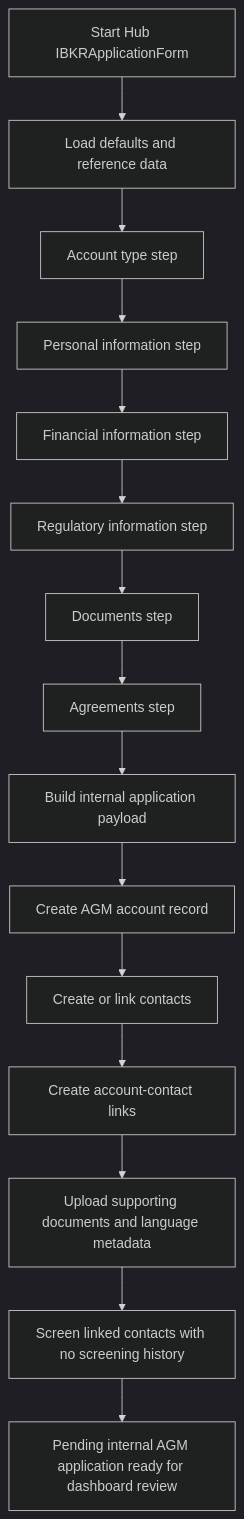
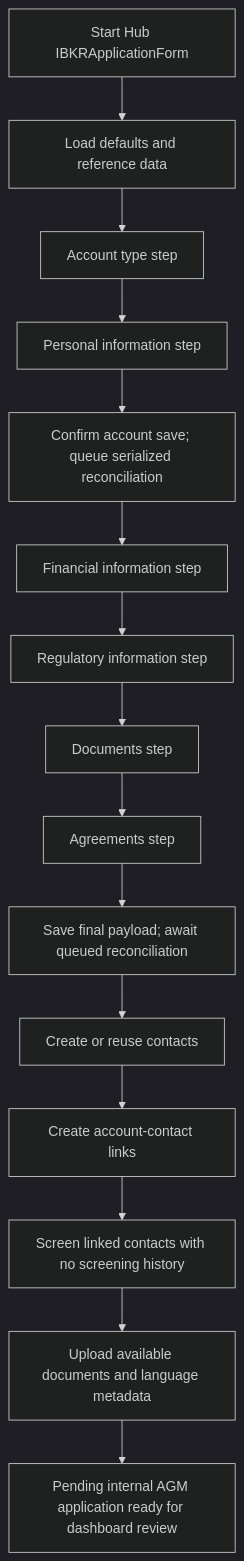
One commit to agmtrader/compliance changed the diagram in processes/09-account-opening-and-agm-account-creation.md. Above: the diagram before and after it, drawn with Mermaid (dark theme). The commit also changed other lines of this file and 13 other files, not shown here.

````diff
--- a/processes/09-account-opening-and-agm-account-creation.md
+++ b/processes/09-account-opening-and-agm-account-creation.md
@@ -60,17 +87,17 @@
 ```mermaid
 flowchart TD
     A["Start Hub IBKRApplicationForm"] --> B["Load defaults and reference data"]
     B --> C["Account type step"]
     C --> D["Personal information step"]
-    D --> E["Financial information step"]
+    D --> S["Confirm account save; queue serialized reconciliation"]
+    S --> E["Financial information step"]
     E --> F["Regulatory information step"]
     F --> G["Documents step"]
     G --> H["Agreements step"]
-    H --> I["Build internal application payload"]
-    I --> J["Create AGM account record"]
-    J --> K["Create or link contacts"]
+    H --> I["Save final payload; await queued reconciliation"]
+    I --> K["Create or reuse contacts"]
     K --> L["Create account-contact links"]
-    L --> M["Upload supporting documents and language metadata"]
-    M --> O["Screen linked contacts with no screening history"]
-    O --> P["Pending internal AGM application ready for dashboard review"]
+    L --> O["Screen linked contacts with no screening history"]
+    O --> M["Upload available documents and language metadata"]
+    M --> P["Pending internal AGM application ready for dashboard review"]
 ```
````
